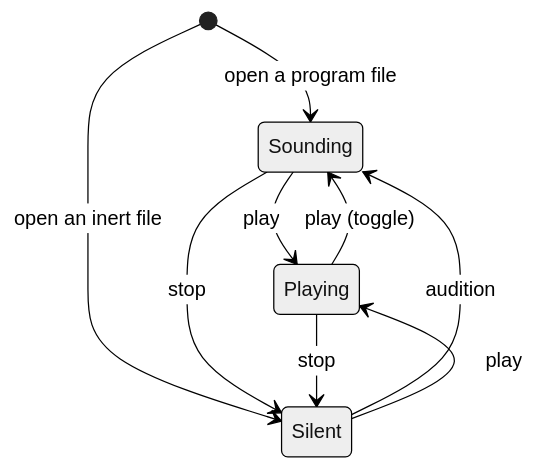
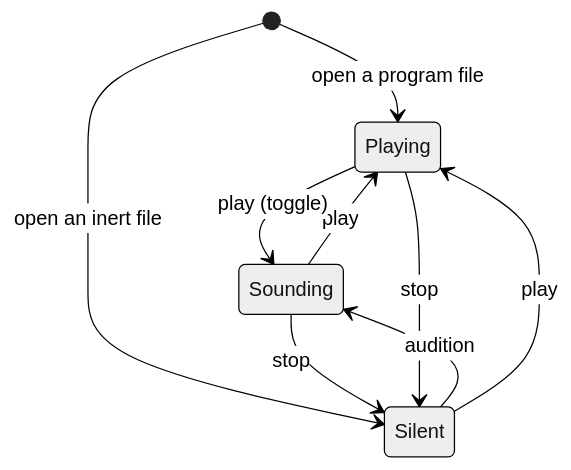
One commit to cheery/gestate changed the diagram in spec/transport.md. Above: the diagram before and after it, drawn with Mermaid (neutral theme). The commit also changed other lines of this file and 23 other files, not shown here.

````diff
--- a/spec/transport.md
+++ b/spec/transport.md
@@ -103,11 +103,11 @@
 ```mermaid
 stateDiagram-v2
-    [*] --> Sounding : open a program file
+    [*] --> Playing : open a program file
     [*] --> Silent : open an inert file
     Silent --> Sounding : audition
     Silent --> Playing : play
     Sounding --> Playing : play
     Playing --> Sounding : play (toggle)
     Sounding --> Silent : stop
     Playing --> Silent : stop
 ```
````
